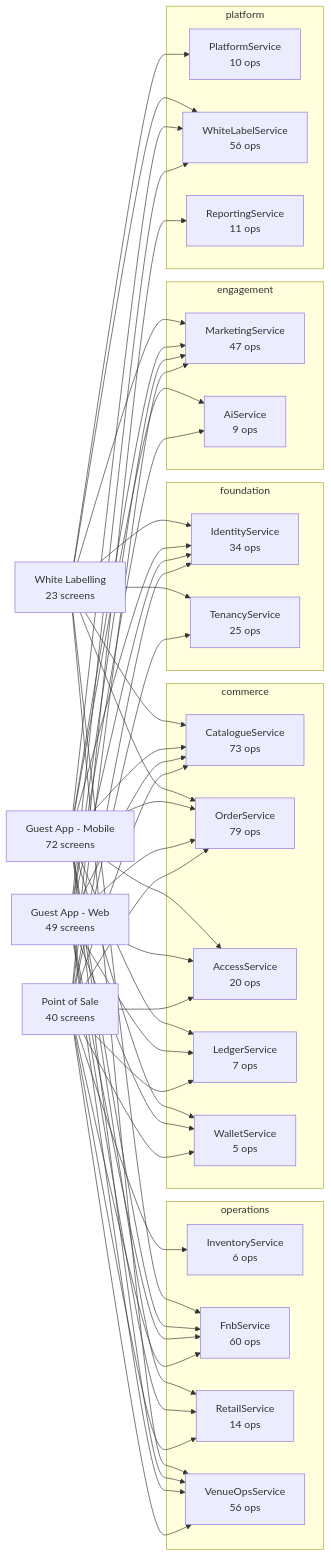
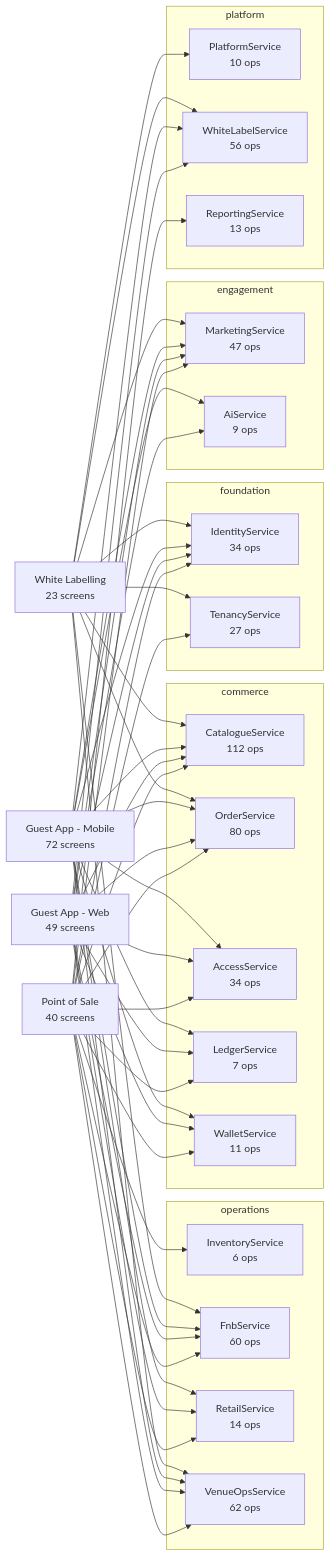
Before and after one commit to Diretide298/Solution_Architecture: the diagram in ticvai/repos/ticvai-docs/handoff/service-docs/README.md, drawn with Mermaid. The commit also changed other lines of this file and 6895 other files, not shown here.

````diff
--- a/ticvai/repos/ticvai-docs/handoff/service-docs/README.md
+++ b/ticvai/repos/ticvai-docs/handoff/service-docs/README.md
@@ -9,79 +9,79 @@
 ```mermaid
 flowchart LR
   POS["Point of Sale<br/>40 screens"]
   WEB["Guest App - Web<br/>49 screens"]
   MOB["Guest App - Mobile<br/>72 screens"]
   WL["White Labelling<br/>23 screens"]
   subgraph foundation
     IdentityService["IdentityService<br/>34 ops"]
-    TenancyService["TenancyService<br/>25 ops"]
+    TenancyService["TenancyService<br/>27 ops"]
   end
   subgraph commerce
-    CatalogueService["CatalogueService<br/>73 ops"]
-    OrderService["OrderService<br/>79 ops"]
-    AccessService["AccessService<br/>20 ops"]
+    CatalogueService["CatalogueService<br/>112 ops"]
+    OrderService["OrderService<br/>80 ops"]
+    AccessService["AccessService<br/>34 ops"]
     LedgerService["LedgerService<br/>7 ops"]
-    WalletService["WalletService<br/>5 ops"]
+    WalletService["WalletService<br/>11 ops"]
   end
   subgraph operations
     InventoryService["InventoryService<br/>6 ops"]
     FnbService["FnbService<br/>60 ops"]
     RetailService["RetailService<br/>14 ops"]
-    VenueOpsService["VenueOpsService<br/>56 ops"]
+    VenueOpsService["VenueOpsService<br/>62 ops"]
   end
   subgraph engagement
     MarketingService["MarketingService<br/>47 ops"]
     AiService["AiService<br/>9 ops"]
   end
   subgraph platform
     PlatformService["PlatformService<br/>10 ops"]
     WhiteLabelService["WhiteLabelService<br/>56 ops"]
-    ReportingService["ReportingService<br/>11 ops"]
+    ReportingService["ReportingService<br/>13 ops"]
   end
   POS --> OrderService
   WEB --> OrderService
   MOB --> OrderService
   WL --> OrderService
   POS --> CatalogueService
   WEB --> CatalogueService
   MOB --> CatalogueService
   WL --> CatalogueService
   POS --> AccessService
   WEB --> AccessService
   MOB --> AccessService
   WL --> PlatformService
   POS --> MarketingService
   WEB --> MarketingService
   MOB --> MarketingService
   WL --> MarketingService
+  POS --> TenancyService
+  WL --> TenancyService
   POS --> ReportingService
   POS --> InventoryService
   POS --> IdentityService
   WEB --> IdentityService
   MOB --> IdentityService
   WL --> IdentityService
   POS --> FnbService
   WEB --> FnbService
   MOB --> FnbService
   WL --> FnbService
   WEB --> WhiteLabelService
   MOB --> WhiteLabelService
   WL --> WhiteLabelService
   POS --> VenueOpsService
   WEB --> VenueOpsService
   MOB --> VenueOpsService
   WL --> VenueOpsService
-  POS --> TenancyService
-  WL --> TenancyService
   POS --> LedgerService
   WEB --> LedgerService
   MOB --> LedgerService
   WEB --> AiService
   MOB --> AiService
+  POS --> WalletService
+  WEB --> WalletService
+  MOB --> WalletService
   POS --> RetailService
   WEB --> RetailService
   MOB --> RetailService
-  POS --> WalletService
-  WEB --> WalletService
-  MOB --> WalletService
 ```
````
